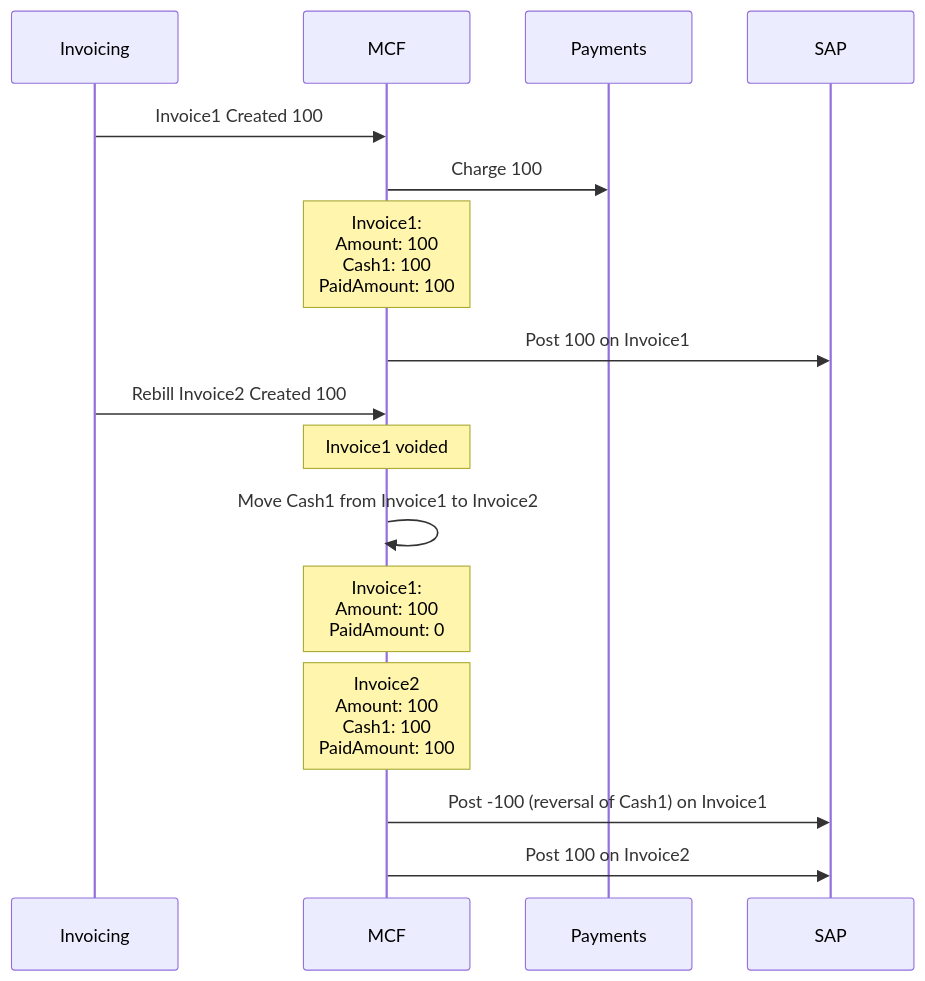
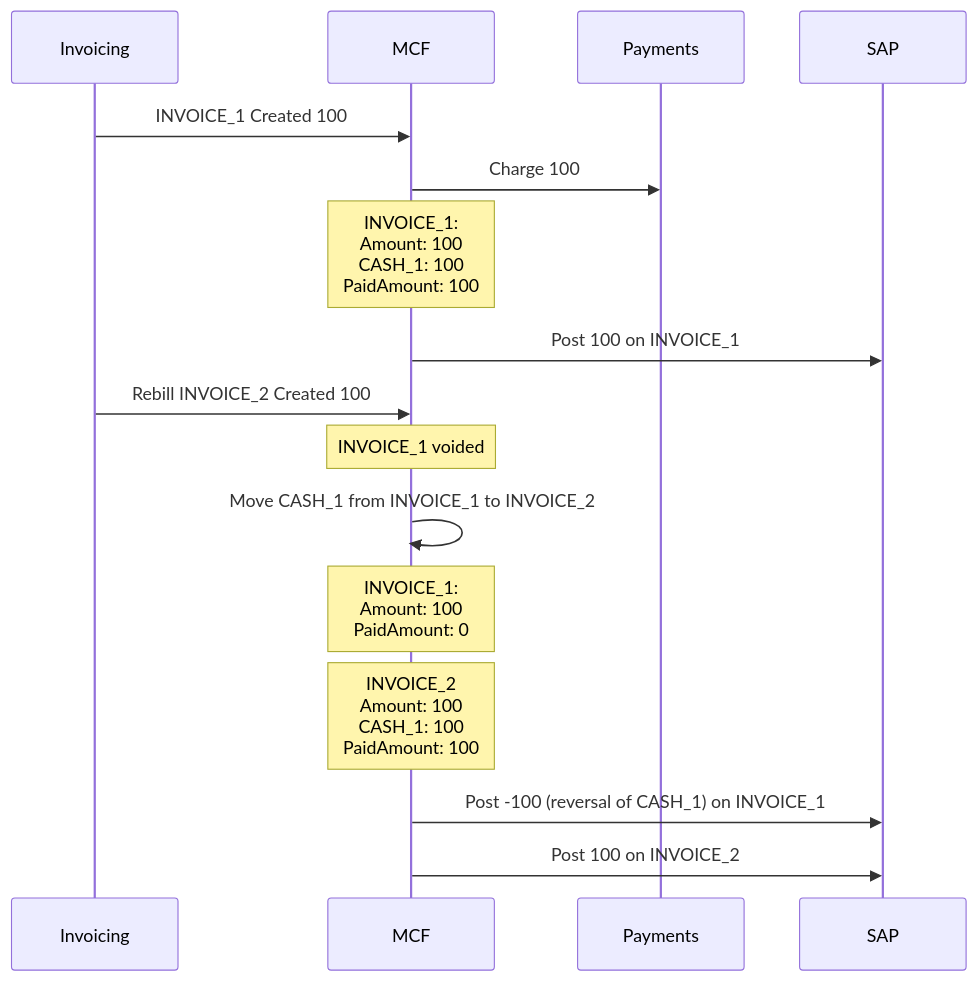
Before and after one commit to vikramsinha/test1: the seventh of 17 diagrams in MCF-SAP Scenarios.md, drawn with Mermaid. The commit also changed other lines of this file, not shown here.

Commit message:
Update MCF-SAP Scenarios.md

````diff
--- a/MCF-SAP Scenarios.md
+++ b/MCF-SAP Scenarios.md
@@ -84,20 +111,20 @@
 ```mermaid
 %%{init: {'theme': 'default'} }%%
 sequenceDiagram
     participant Invoicing
     participant MCF
     participant Payments
     participant SAP
-    Invoicing->>MCF: Invoice1 Created 100
+    Invoicing->>MCF: INVOICE_1 Created 100
     MCF->>Payments: Charge 100
-    Note over MCF: Invoice1:<br/>Amount: 100<br/>Cash1: 100<br/>PaidAmount: 100
-    MCF->>SAP: Post 100 on Invoice1
-    Invoicing->>MCF: Rebill Invoice2 Created 100
-    Note over MCF: Invoice1 voided
-    MCF->>MCF: Move Cash1 from Invoice1 to Invoice2
-    Note over MCF: Invoice1:<br/>Amount: 100<br/>PaidAmount: 0
-    Note over MCF: Invoice2<br/>Amount: 100<br/>Cash1: 100<br/>PaidAmount: 100
-    MCF->>SAP: Post -100 (reversal of Cash1) on Invoice1
-    MCF->>SAP: Post 100 on Invoice2
+    Note over MCF: INVOICE_1:<br/>Amount: 100<br/>CASH_1: 100<br/>PaidAmount: 100
+    MCF->>SAP: Post 100 on INVOICE_1
+    Invoicing->>MCF: Rebill INVOICE_2 Created 100
+    Note over MCF: INVOICE_1 voided
+    MCF->>MCF: Move CASH_1 from INVOICE_1 to INVOICE_2
+    Note over MCF: INVOICE_1:<br/>Amount: 100<br/>PaidAmount: 0
+    Note over MCF: INVOICE_2<br/>Amount: 100<br/>CASH_1: 100<br/>PaidAmount: 100
+    MCF->>SAP: Post -100 (reversal of CASH_1) on INVOICE_1
+    MCF->>SAP: Post 100 on INVOICE_2
 
 ```
````
